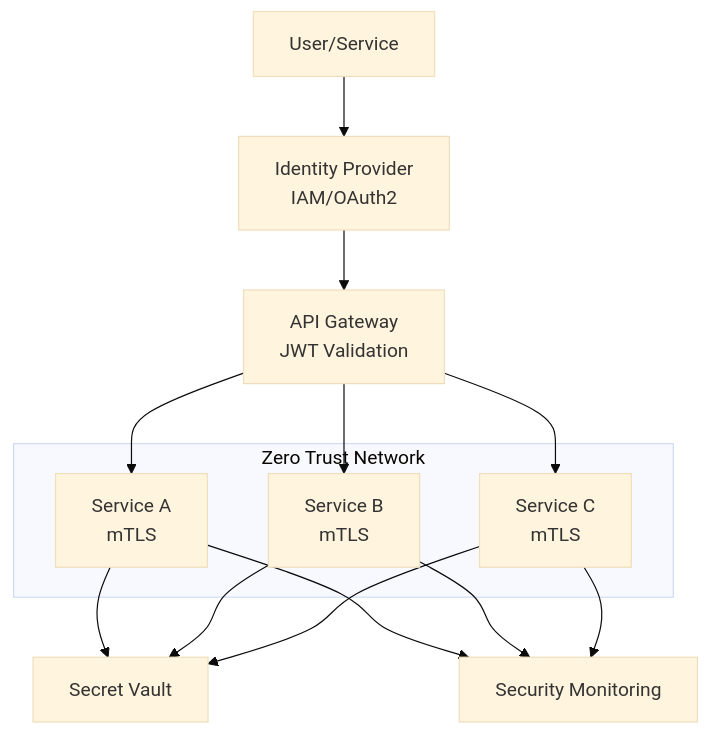
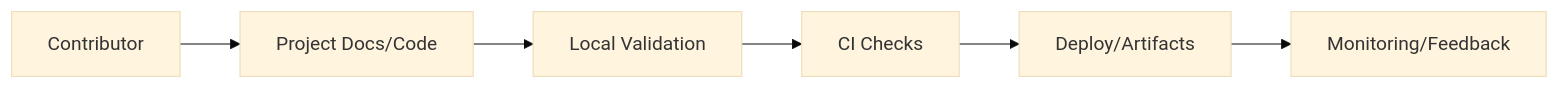
One commit to samueljackson-collab/Portfolio-Project changed the first of 2 diagrams in projects/p16-zero-trust/README.md. Above: the diagram before and after it, drawn with Mermaid (base theme). The commit also changed other lines of this file and 85 other files, not shown here.

````diff
--- a/projects/p16-zero-trust/README.md
+++ b/projects/p16-zero-trust/README.md
@@ -20,20 +27,8 @@
 ```mermaid
-flowchart TB
-    User[User/Service]
-    IAM[Identity Provider<br/>IAM/OAuth2]
-    Gateway[API Gateway<br/>JWT Validation]
-
-    subgraph Zero Trust Network
-        Service1[Service A<br/>mTLS]
-        Service2[Service B<br/>mTLS]
-        Service3[Service C<br/>mTLS]
-    end
-
-    Vault[Secret Vault]
-    Monitor[Security Monitoring]
-
-    User --> IAM --> Gateway
-    Gateway --> Service1 & Service2 & Service3
-    Service1 & Service2 & Service3 --> Vault
-    Service1 & Service2 & Service3 --> Monitor
+flowchart LR
+  A[Contributor] --> B[Project Docs/Code]
+  B --> C[Local Validation]
+  C --> D[CI Checks]
+  D --> E[Deploy/Artifacts]
+  E --> F[Monitoring/Feedback]
 ```
````
